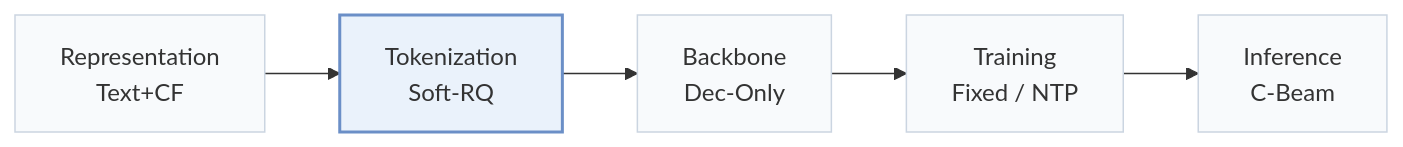
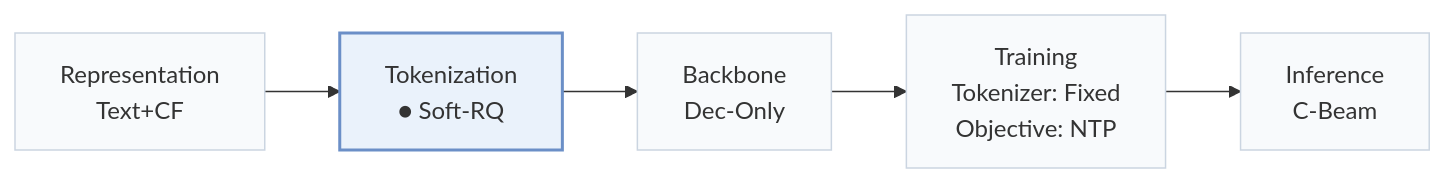
One commit to Galaxy-ghost/Awesome-SID-Generative-Rec changed the first of 2 diagrams in pages/papers/capsid.md. Above: the diagram before and after it, drawn with Mermaid. The commit also changed other lines of this file and 558 other files, not shown here.

````diff
--- a/pages/papers/capsid.md
+++ b/pages/papers/capsid.md
@@ -15,8 +18,8 @@
 ```mermaid
 flowchart LR
-    R["Representation<br/>Text+CF"] --> T["Tokenization<br/>Soft-RQ"] --> B["Backbone<br/>Dec-Only"] --> TR["Training<br/>Fixed / NTP"] --> I["Inference<br/>C-Beam"]
+    R["Representation<br/>Text+CF"] --> T["Tokenization<br/>● Soft-RQ"] --> B["Backbone<br/>Dec-Only"] --> TR["Training<br/>Tokenizer: Fixed<br/>Objective: NTP"] --> I["Inference<br/>C-Beam"]
     classDef base fill:#f8fafc,stroke:#cbd5e1
     class R,T,B,TR,I base
     classDef main fill:#eaf2fb,stroke:#6b8fc7,stroke-width:2px
     class T main
 ```
````
